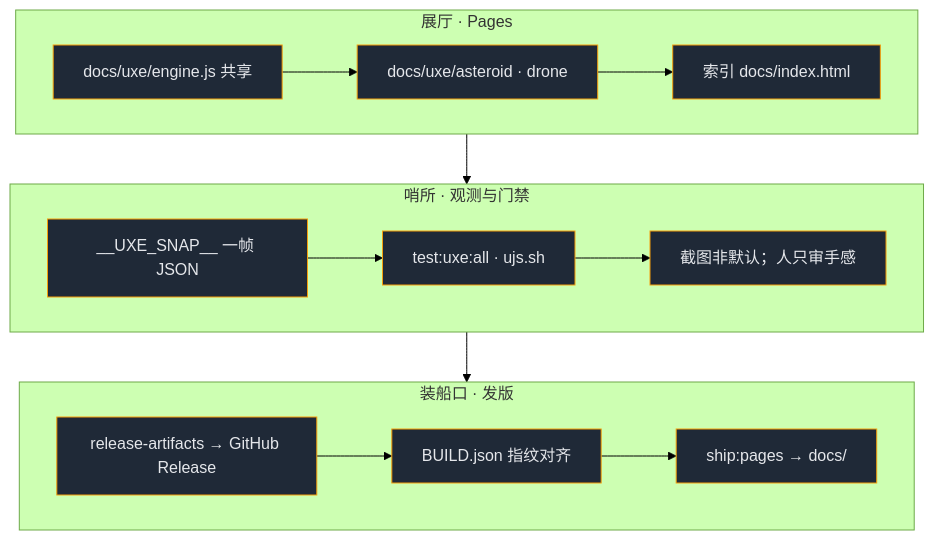
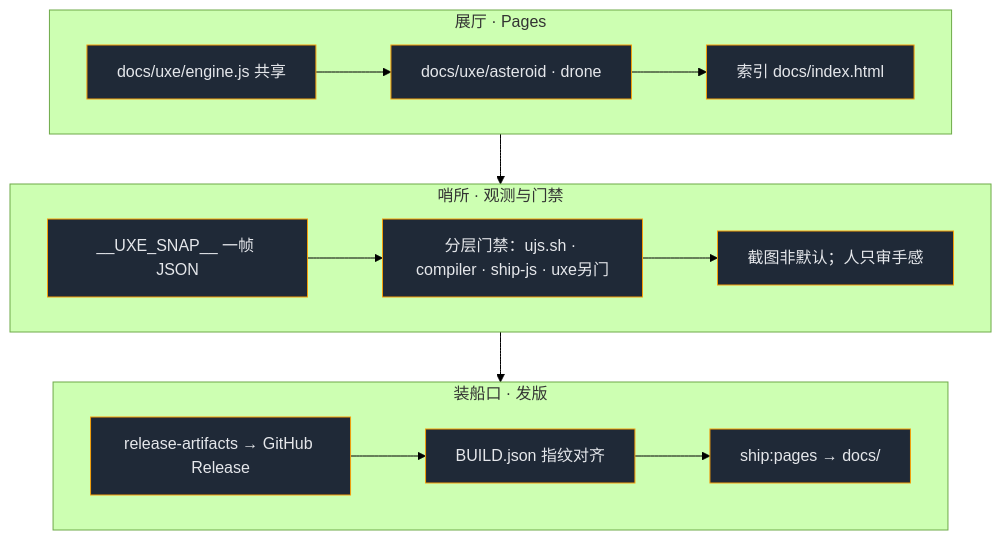
One commit to partnernetsoftware/unisacc changed the second of 6 diagrams in ujs/prd.md. Above: the diagram before and after it, drawn with Mermaid (forest theme). The commit also changed other lines of this file and 20 other files, not shown here.

First line of the commit message:
Align Paper B and UJS docs on two spines and honest ship subsets.

````diff
--- a/ujs/prd.md
+++ b/ujs/prd.md
@@ -425,28 +438,28 @@
 ```mermaid
 flowchart TD
     subgraph R5["展厅 · Pages"]
         E1["docs/uxe/engine.js 共享"]
         E2["docs/uxe/asteroid · drone"]
         E3["索引 docs/index.html"]
         E1 --> E2 --> E3
     end
 
     subgraph R6["哨所 · 观测与门禁"]
         F1["__UXE_SNAP__ 一帧 JSON"]
-        F2["test:uxe:all · ujs.sh"]
+        F2["分层门禁：ujs.sh · compiler · ship-js · uxe另门"]
         F3["截图非默认；人只审手感"]
         F1 --> F2 --> F3
     end
 
     subgraph R7["装船口 · 发版"]
         G1["release-artifacts → GitHub Release"]
         G2["BUILD.json 指纹对齐"]
         G3["ship:pages → docs/"]
         G1 --> G2 --> G3
     end
 
     R5 --> R6 --> R7
 
     classDef room fill:#1f2937,stroke:#f59e0b,color:#e5e7eb
     class E1,E2,E3,F1,F2,F3,G1,G2,G3 room
 ```
````
